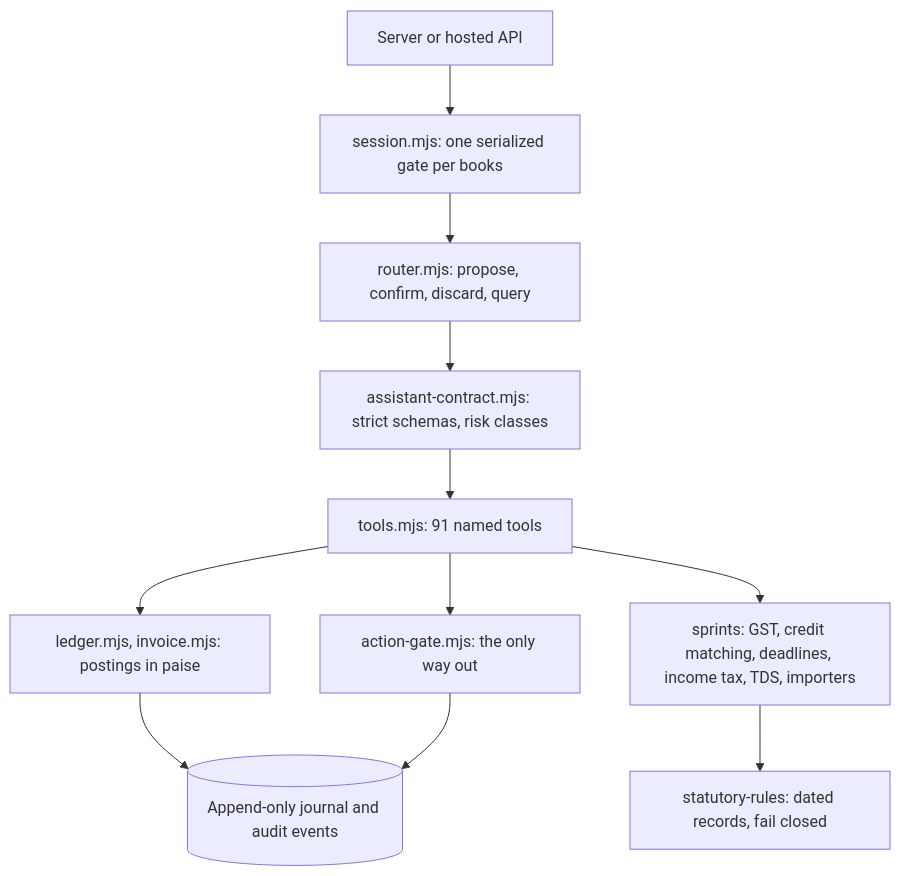
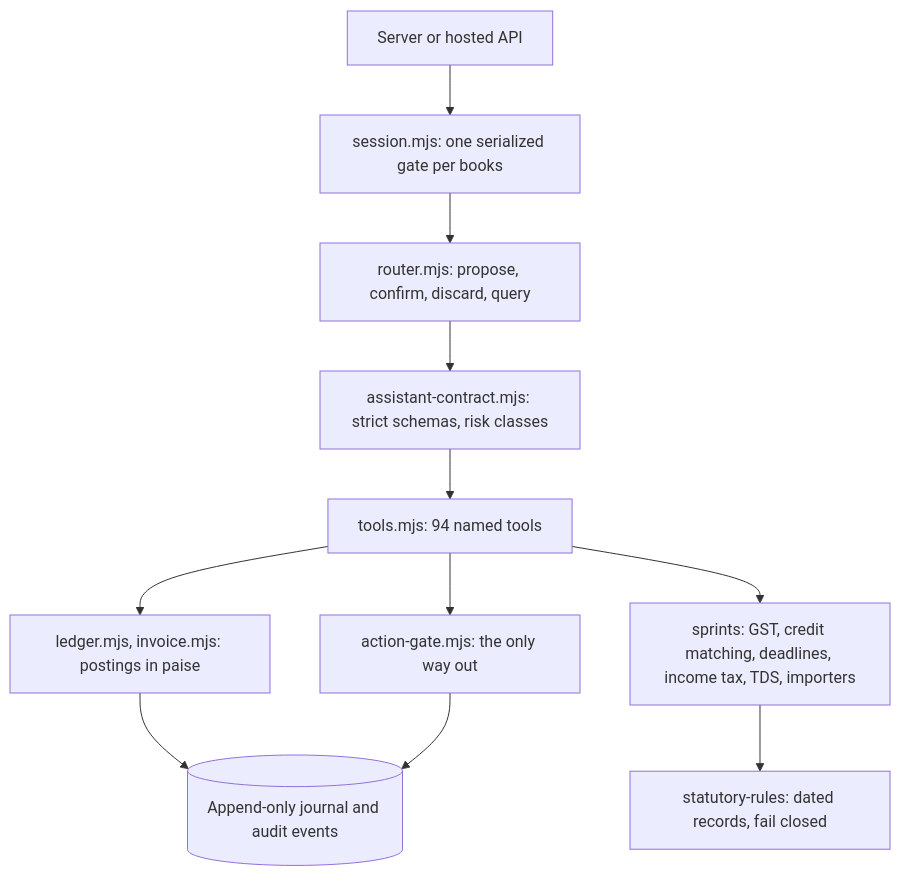
The second of 3 diagrams in docs/architecture/ARCHITECTURE.md (Vidyuthlabstechnologies/myca), drawn with Mermaid before and after one commit. The commit also changed other lines of this file and 13 other files, not shown here.

````diff
--- a/docs/architecture/ARCHITECTURE.md
+++ b/docs/architecture/ARCHITECTURE.md
@@ -56,13 +56,13 @@
 ```mermaid
 flowchart TD
   caller[Server or hosted API] --> session[session.mjs: one serialized gate per books]
   session --> router[router.mjs: propose, confirm, discard, query]
   router --> contract[assistant-contract.mjs: strict schemas, risk classes]
-  contract --> tools[tools.mjs: 91 named tools]
+  contract --> tools[tools.mjs: 94 named tools]
   tools --> ledger[ledger.mjs, invoice.mjs: postings in paise]
   tools --> engines[sprints: GST, credit matching, deadlines, income tax, TDS, importers]
   tools --> gate[action-gate.mjs: the only way out]
   engines --> rules[statutory-rules: dated records, fail closed]
   ledger --> journal[(Append-only journal and audit events)]
   gate --> journal
 ```
````
